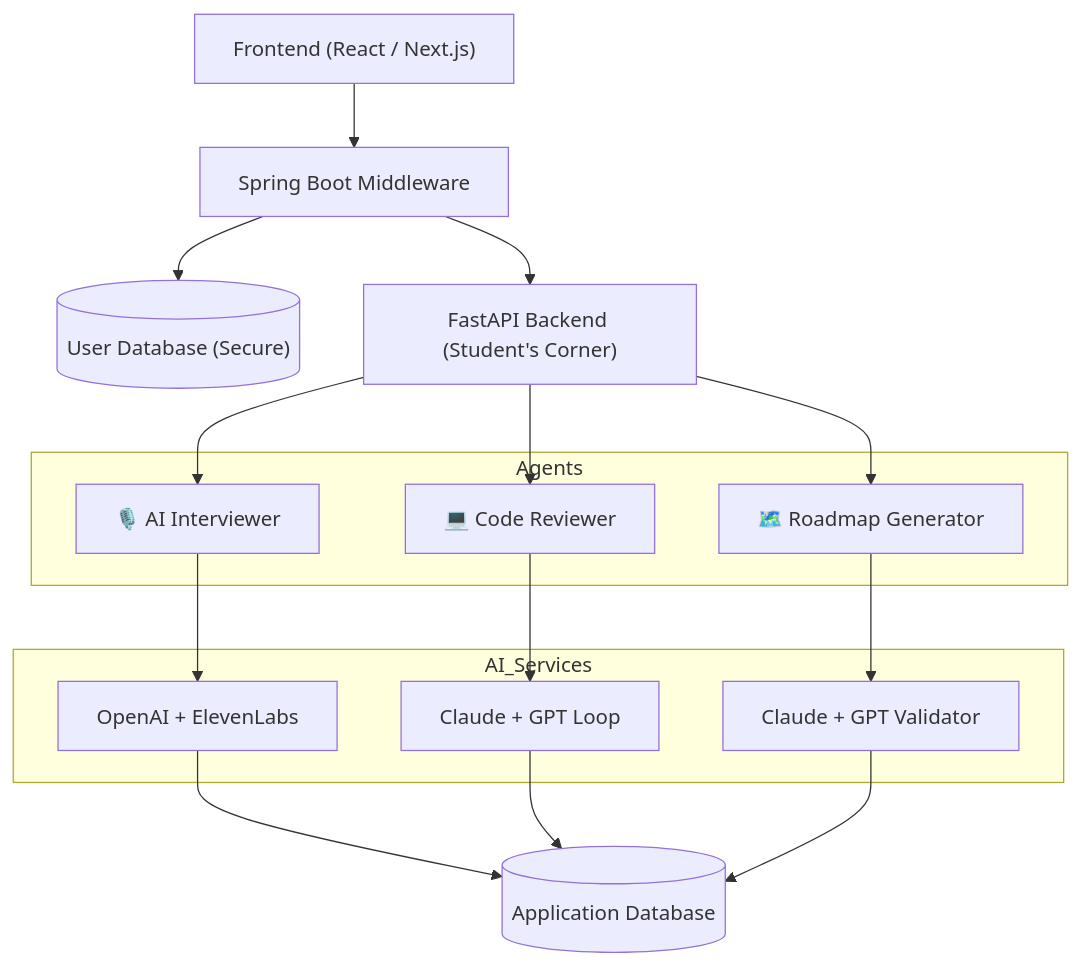
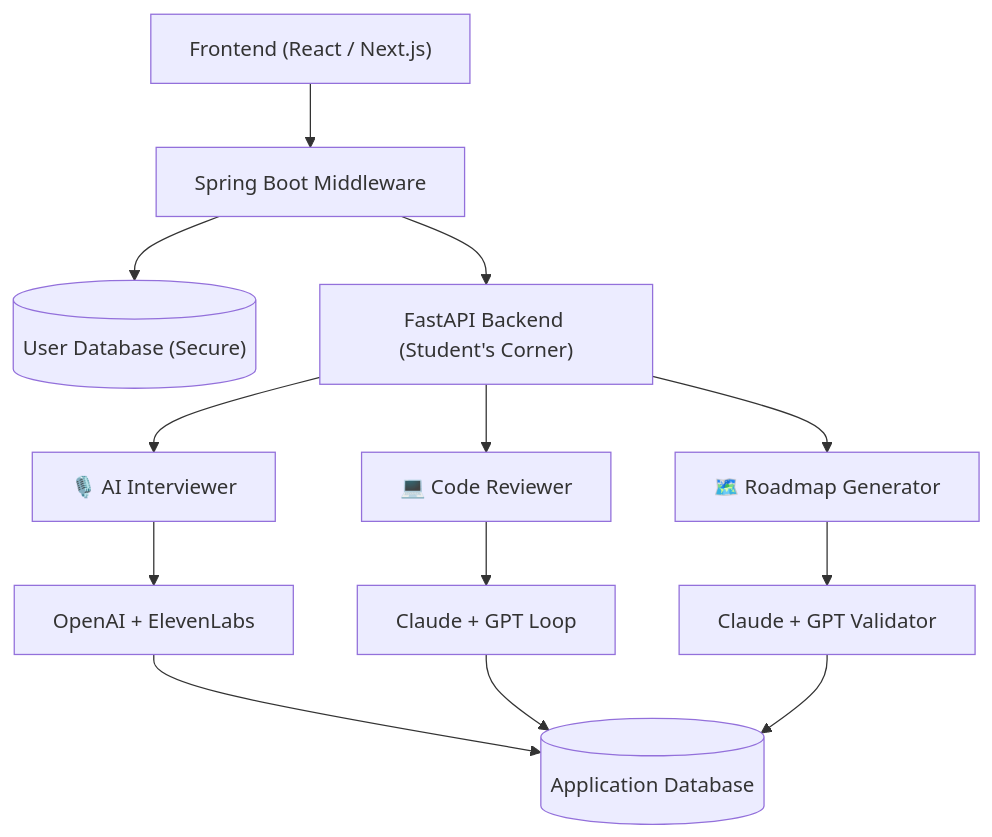
Before and after one commit to ReversibleWizard/Student-Corner-Backend: the diagram in README.md, drawn with Mermaid.

Commit message:
Minor changes to Sys Design

````diff
--- a/README.md
+++ b/README.md
@@ -76,68 +76,44 @@
 ```mermaid
 flowchart TD
 
-    %% =======================
-    %% Frontend Layer
-    %% =======================
+    %% Frontend
     A["Frontend (React / Next.js)"]
 
-    %% =======================
-    %% Middleware Layer
-    %% =======================
+    %% Middleware
     B["Spring Boot Middleware"]
     M_DB[("User Database (Secure)")]
 
-    %% =======================
-    %% Backend Layer
-    %% =======================
+    %% Backend
     C["FastAPI Backend (Student's Corner)"]
 
-    %% =======================
-    %% Agents Layer
-    %% =======================
-    subgraph Agents
-        D1["🎙️ AI Interviewer"]
-        D2["💻 Code Reviewer"]
-        D3["🗺️ Roadmap Generator"]
-    end
+    %% Agents
+    D1["🎙️ AI Interviewer"]
+    D2["💻 Code Reviewer"]
+    D3["🗺️ Roadmap Generator"]
 
-    %% =======================
-    %% AI Services Layer
-    %% =======================
-    subgraph AI_Services
-        E1["OpenAI + ElevenLabs"]
-        E2["Claude + GPT Loop"]
-        E3["Claude + GPT Validator"]
-    end
+    %% AI Services
+    E1["OpenAI + ElevenLabs"]
+    E2["Claude + GPT Loop"]
+    E3["Claude + GPT Validator"]
 
-    %% =======================
-    %% Application Database (BOTTOM CENTER)
-    %% =======================
+    %% Application DB (Bottom)
     A_DB[("Application Database")]
 
-    %% =======================
-    %% FLOW
-    %% =======================
-
+    %% Flow
     A --> B
 
-    %% Middleware
     B --> M_DB
     B --> C
 
-    %% Backend to Agents
     C --> D1
     C --> D2
     C --> D3
 
-    %% Agents to AI services
     D1 --> E1
     D2 --> E2
     D3 --> E3
 
-    %% 🔥 KEY CHANGE: All services → Application DB (bottom)
     E1 --> A_DB
     E2 --> A_DB
     E3 --> A_DB
-
 ```
````
